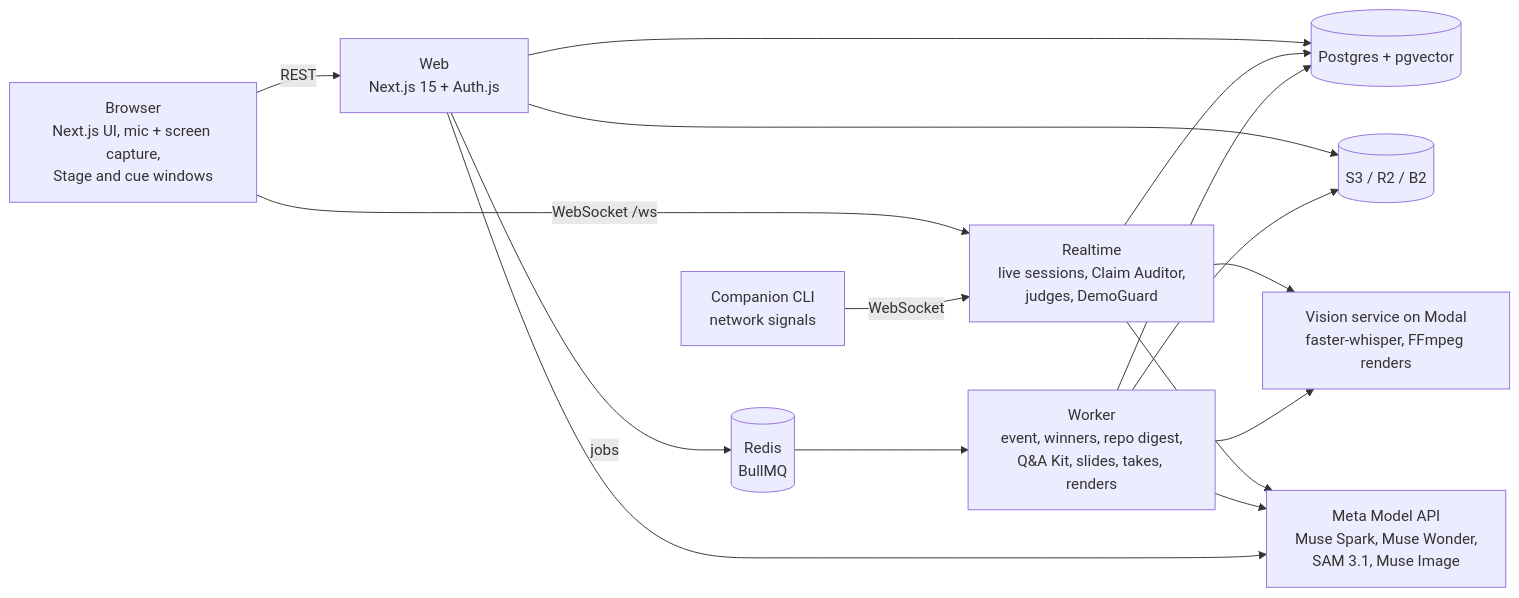
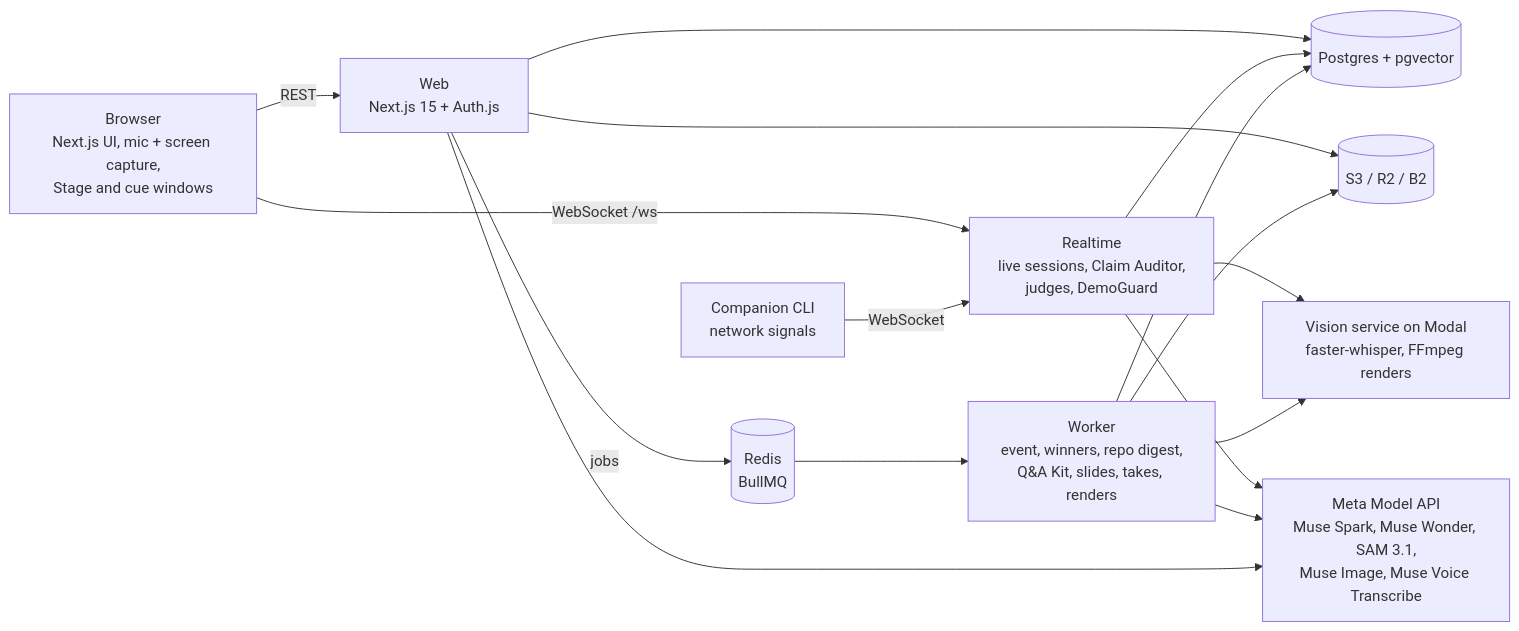
One commit to m40ma0/GrillMe changed the diagram in README.md. Above: the diagram before and after it, drawn with Mermaid. The commit also changed other lines of this file and 71 other files, not shown here.

First line of the commit message:
V2 review fixes: fast guest demo, storage errors, Muse Voice and Image

````diff
--- a/README.md
+++ b/README.md
@@ -32,12 +33,12 @@
 ```mermaid
 flowchart LR
   B["Browser<br/>Next.js UI, mic + screen capture,<br/>Stage and cue windows"] -- REST --> W["Web<br/>Next.js 15 + Auth.js"]
   B -- WebSocket /ws --> RT["Realtime<br/>live sessions, Claim Auditor,<br/>judges, DemoGuard"]
   C["Companion CLI<br/>network signals"] -- WebSocket --> RT
   W -- jobs --> Q[("Redis<br/>BullMQ")]
   Q --> WK["Worker<br/>event, winners, repo digest,<br/>Q&A Kit, slides, takes, renders"]
   W & RT & WK --> DB[("Postgres + pgvector")]
   W & WK --> S3[("S3 / R2 / B2")]
   RT & WK --> V["Vision service on Modal<br/>faster-whisper, FFmpeg renders"]
-  RT & WK & W --> M["Meta Model API<br/>Muse Spark, Muse Wonder,<br/>SAM 3.1, Muse Image"]
+  RT & WK & W --> M["Meta Model API<br/>Muse Spark, Muse Wonder, SAM 3.1,<br/>Muse Image, Muse Voice Transcribe"]
 ```
````
